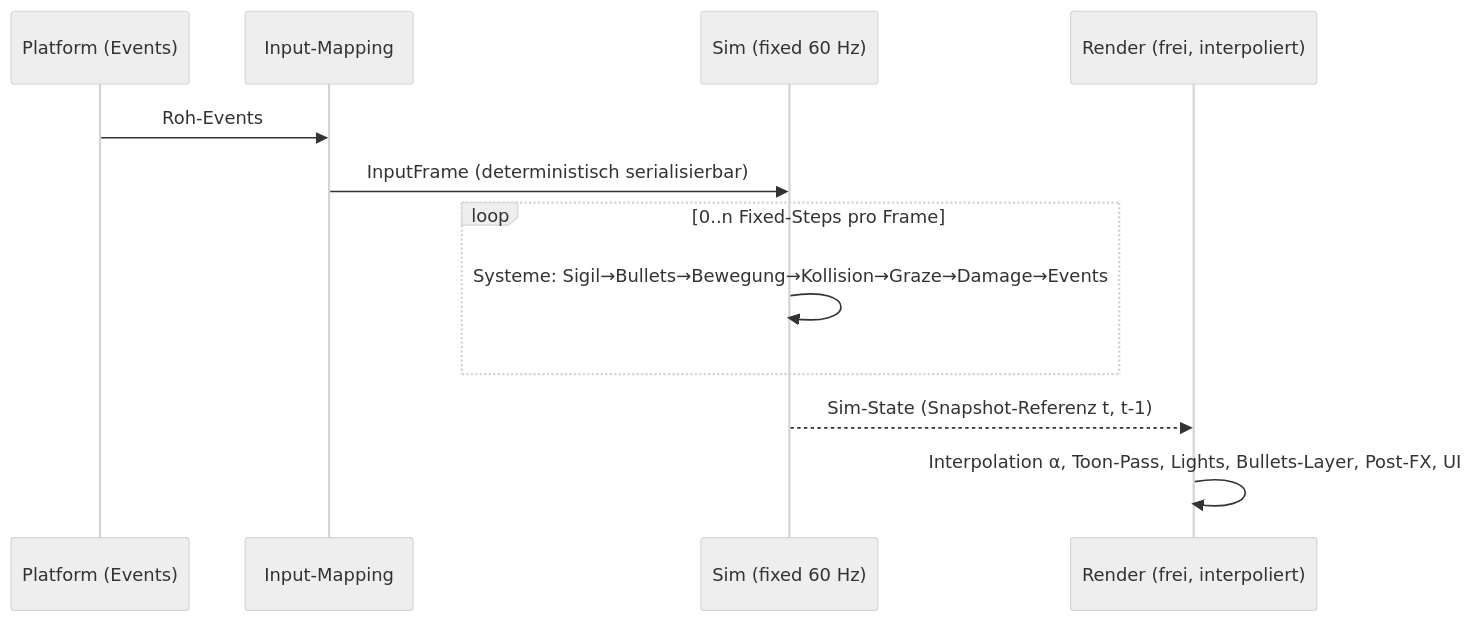
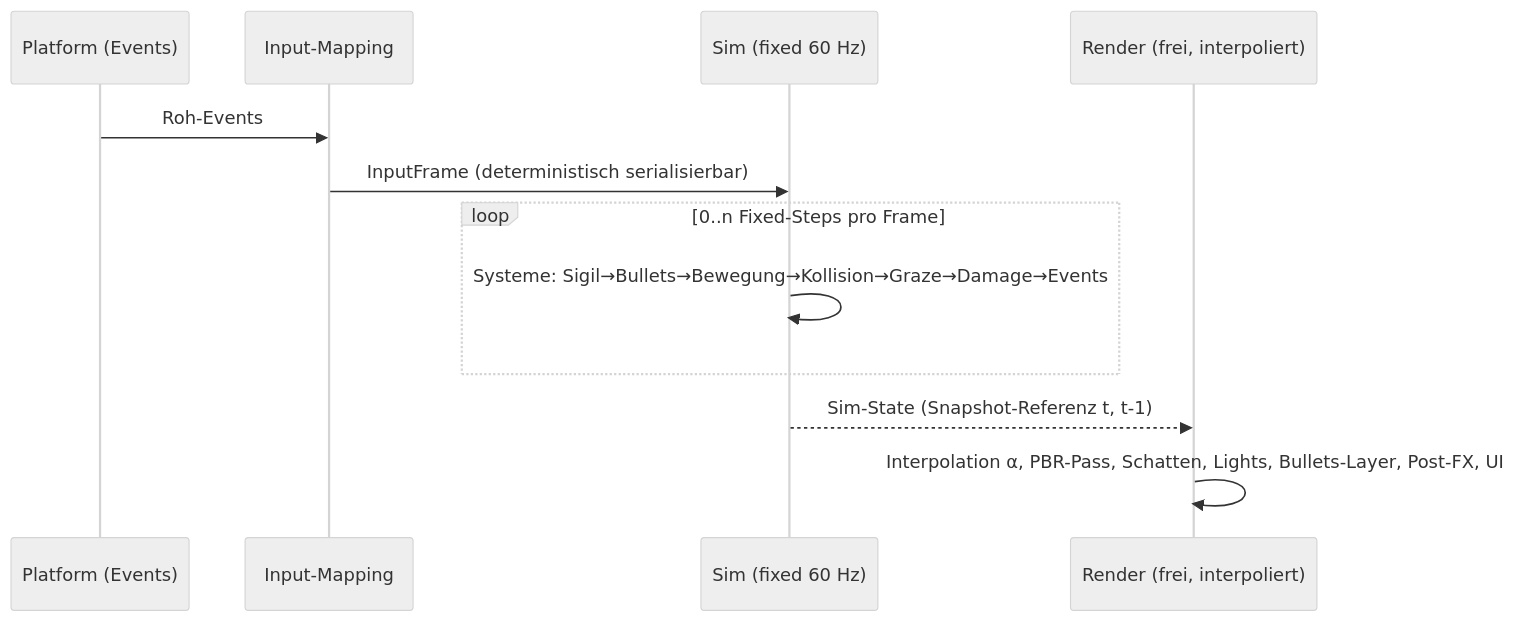
The second of 2 diagrams in docs/prd/0002-grimoire-engine-architektur.md (LupusMalusDeviant/fiends-n-patrons), drawn with Mermaid (neutral theme) before and after one commit. The commit also changed 6 other files, not shown here.

````diff
--- a/docs/prd/0002-grimoire-engine-architektur.md
+++ b/docs/prd/0002-grimoire-engine-architektur.md
@@ -85,14 +85,14 @@
 ```mermaid
 sequenceDiagram
     participant P as Platform (Events)
     participant I as Input-Mapping
     participant S as Sim (fixed 60 Hz)
     participant R as Render (frei, interpoliert)
     P->>I: Roh-Events
     I->>S: InputFrame (deterministisch serialisierbar)
     loop 0..n Fixed-Steps pro Frame
         S->>S: Systeme: Sigil→Bullets→Bewegung→Kollision→Graze→Damage→Events
     end
     S-->>R: Sim-State (Snapshot-Referenz t, t-1)
-    R->>R: Interpolation α, Toon-Pass, Lights, Bullets-Layer, Post-FX, UI
+    R->>R: Interpolation α, PBR-Pass, Schatten, Lights, Bullets-Layer, Post-FX, UI
 ```
````
